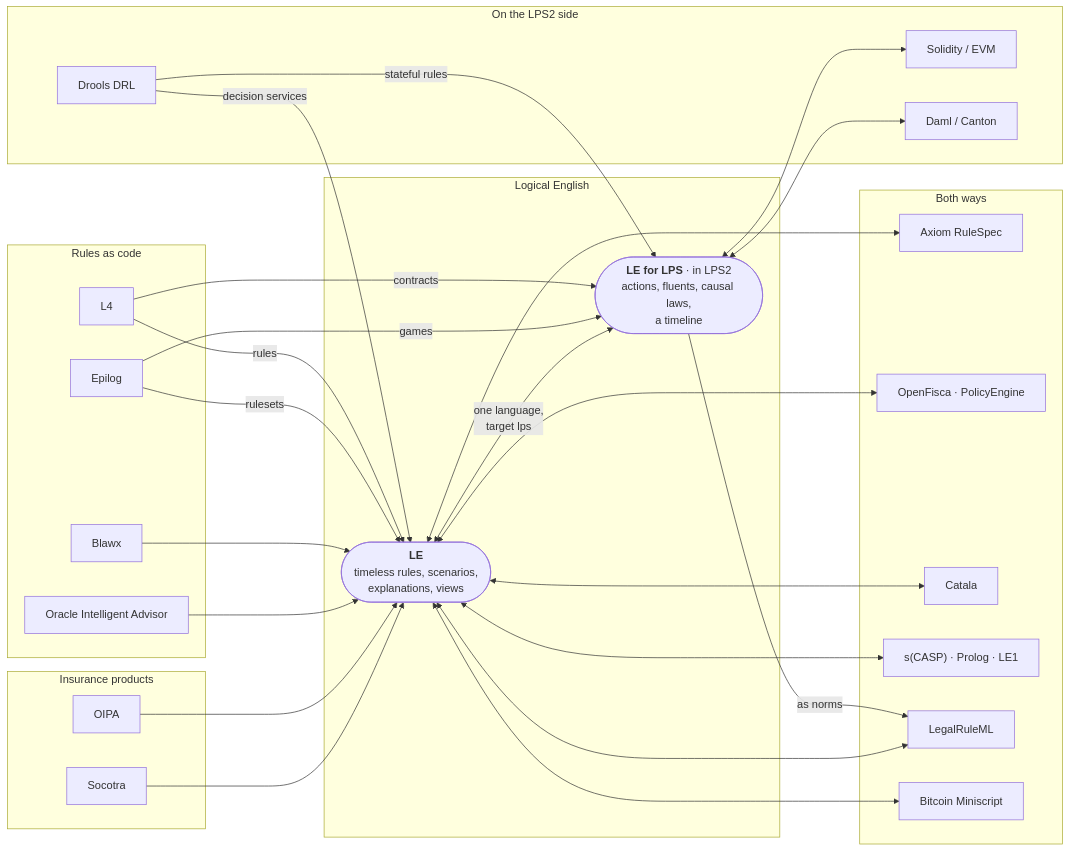
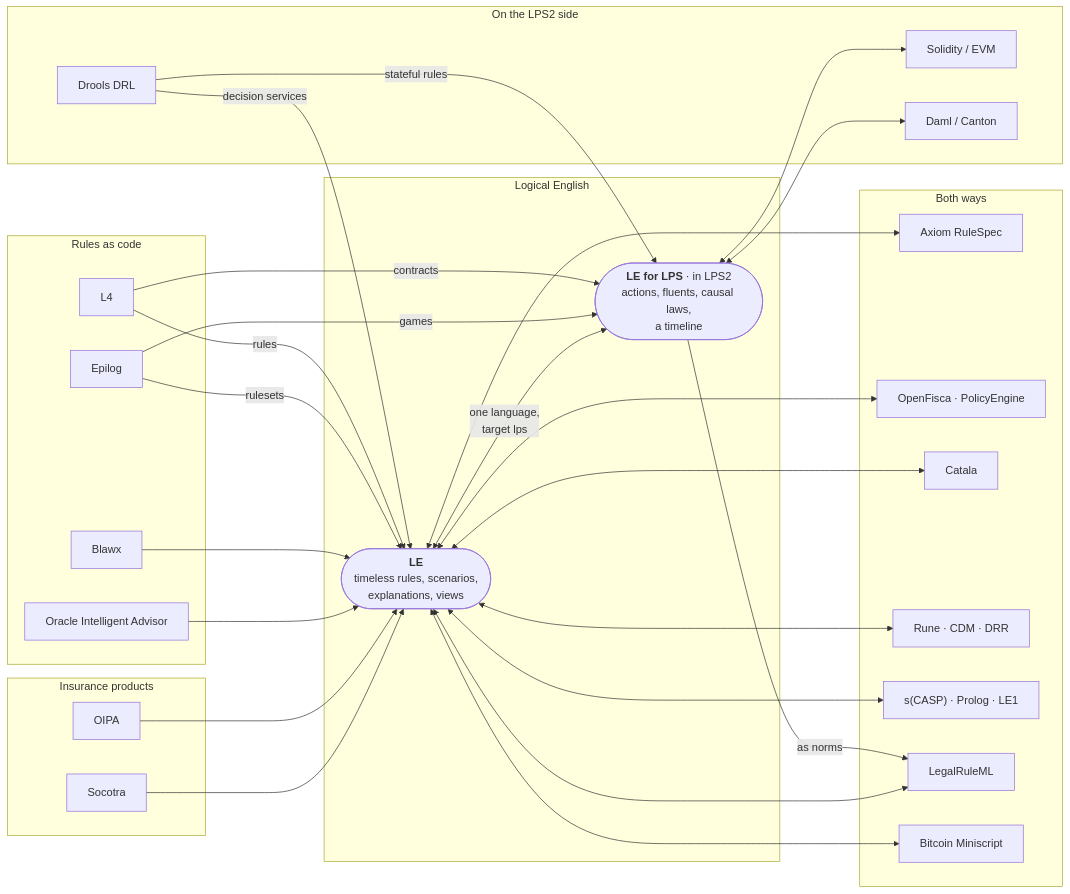
Before and after one commit to LogicalContractsOrg/LogicalEnglish2: the diagram in docs/user/integrations/index.md, drawn with Mermaid. The commit also changed other lines of this file and 2 other files, not shown here.

Commit message:
User documentation: Rune and Logical English (integrations/rune.md)
How a Rune file opens as three files of Logical English, how a report's
tests run, how a changed rule is written back as Rune and run on DRR's
engine, and the measures of DRR's 28 reports.

Claude-Session: https://claude.ai/code/session_01SHbeMnieakstJEs6EBaxjr

````diff
--- a/docs/user/integrations/index.md
+++ b/docs/user/integrations/index.md
@@ -43,74 +43,77 @@
 ```mermaid
 flowchart LR
   subgraph ins["Insurance products"]
     SO["Socotra"]
     OP["OIPA"]
   end
 
   subgraph rac["Rules as code"]
     OIA["Oracle Intelligent Advisor"]
     BX["Blawx"]
     EP["Epilog"]
     L4["L4"]
   end
 
   subgraph core["Logical English"]
     LE(["<b>LE</b><br/>timeless rules, scenarios,<br/>explanations, views"])
     LPS(["<b>LE for LPS</b> · in LPS2<br/>actions, fluents, causal laws,<br/>a timeline"])
     LE <-- "one language,<br/>target lps" --> LPS
   end
 
   subgraph both["Both ways"]
     RS["Axiom RuleSpec"]
     OF["OpenFisca · PolicyEngine"]
     CA["Catala"]
+    RU["Rune · CDM · DRR"]
     SC["s(CASP) · Prolog · LE1"]
     LR["LegalRuleML"]
     MS["Bitcoin Miniscript"]
   end
 
   subgraph lpsside["On the LPS2 side"]
     DR["Drools DRL"]
     SOL["Solidity / EVM"]
     DA["Daml / Canton"]
   end
 
   SO --> LE
   OP --> LE
   OIA --> LE
   BX --> LE
   EP -- "rulesets" --> LE
   EP -- "games" --> LPS
   L4 -- "rules" --> LE
   L4 -- "contracts" --> LPS
   DR -- "decision services" --> LE
   DR -- "stateful rules" --> LPS
 
   LE <--> RS
   LE <--> OF
   LE <--> CA
+  LE <--> RU
   LE <--> SC
   LE <--> LR
   LE <--> MS
   LPS <--> SOL
   LPS -- "as norms" --> LR
   LPS <--> DA
 
   click SO "socotra" "Socotra and Logical English"
   click OP "oipa" "OIPA and Logical English"
   click OIA "oia" "Oracle Intelligent Advisor and Logical English"
   click BX "blawx" "Blawx and Logical English"
   click EP "epilog" "Epilog and Logical English"
   click L4 "l4" "L4 and Logical English"
   click RS "rulespec" "Axiom RuleSpec and Logical English"
   click OF "openfisca" "OpenFisca, PolicyEngine and Logical English"
   click CA "catala" "Catala and Logical English"
+  click RU "rune" "Rune and Logical English"
   click SC "scasp" "s(CASP), Prolog and LE1"
   click LR "legalruleml" "LegalRuleML and Logical English"
   click MS "miniscript" "Bitcoin Miniscript and Logical English"
   click LE "../reference/language" "The Logical English reference"
   click LPS "https://lps2.logicalcontracts.com/docs/user/integrations/index" "LPS2: other systems"
   click DR "https://lps2.logicalcontracts.com/docs/user/integrations/drools" "Drools and LPS (LPS2 documentation)"
   click SOL "https://lps2.logicalcontracts.com/docs/user/integrations/solidity" "Solidity and LPS (LPS2 documentation)"
   click DA "https://lps2.logicalcontracts.com/docs/user/integrations/daml" "Daml and LPS (LPS2 documentation)"
 ```
````
